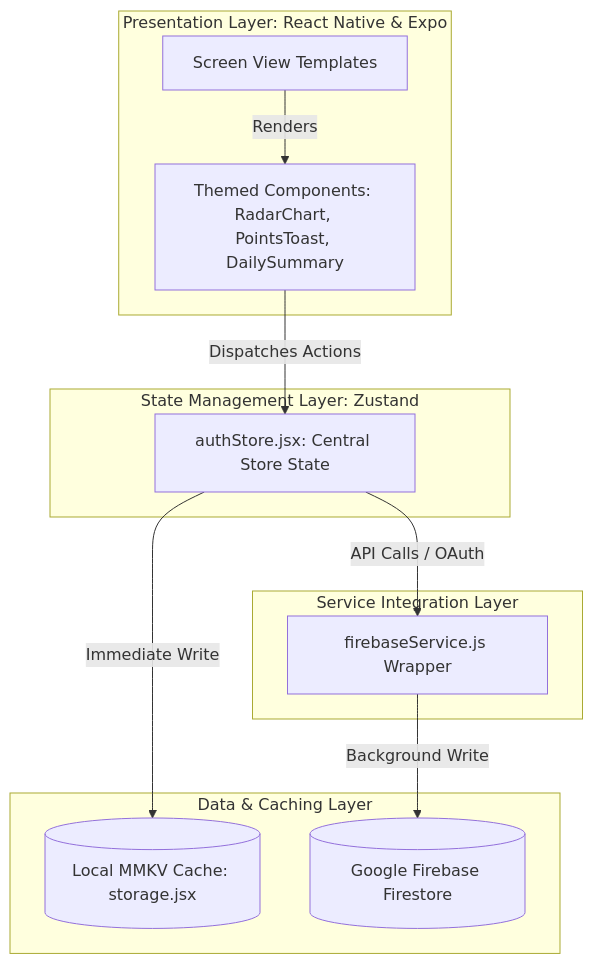
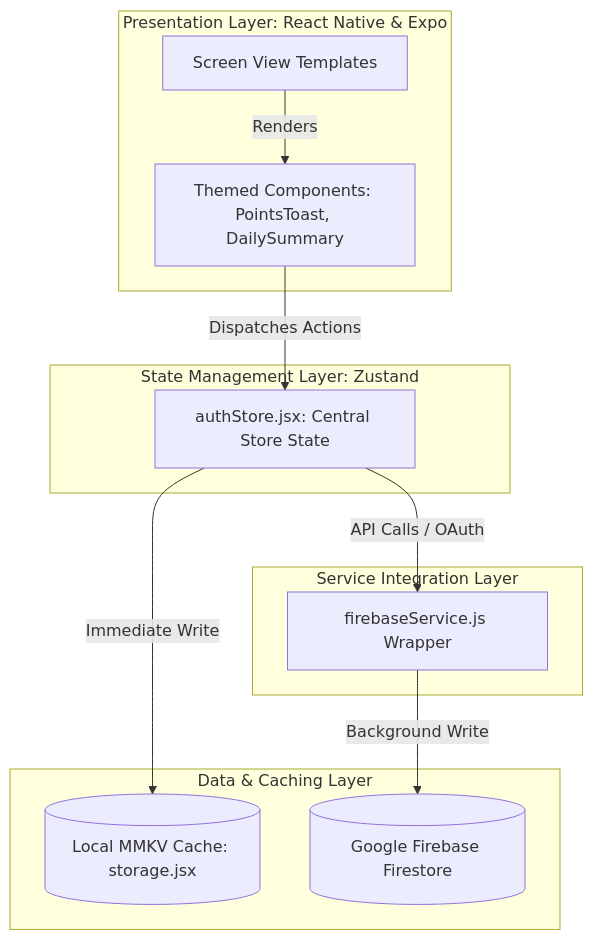
The diagram in README.md (marilenakosma/Serenify), drawn with Mermaid before and after one commit.

````diff
--- a/README.md
+++ b/README.md
@@ -60,19 +60,19 @@
 ```mermaid
 graph TD
   subgraph Presentation Layer [Presentation Layer: React Native & Expo]
-    A[Screen View Templates] -->|Renders| B[Themed Components: RadarChart, PointsToast, DailySummary]
+    A[Screen View Templates] -->|Renders| B[Themed Components: PointsToast, DailySummary]
   end
 
   subgraph State Layer [State Management Layer: Zustand]
     B -->|Dispatches Actions| C[authStore.jsx: Central Store State]
   end
 
   subgraph Service Layer [Service Integration Layer]
     C -->|API Calls / OAuth| D[firebaseService.js Wrapper]
   end
 
   subgraph Storage Layer [Data & Caching Layer]
     C -->|Immediate Write| E[(Local MMKV Cache: storage.jsx)]
     D -->|Background Write| F[(Google Firebase Firestore)]
   end
 ```
````
